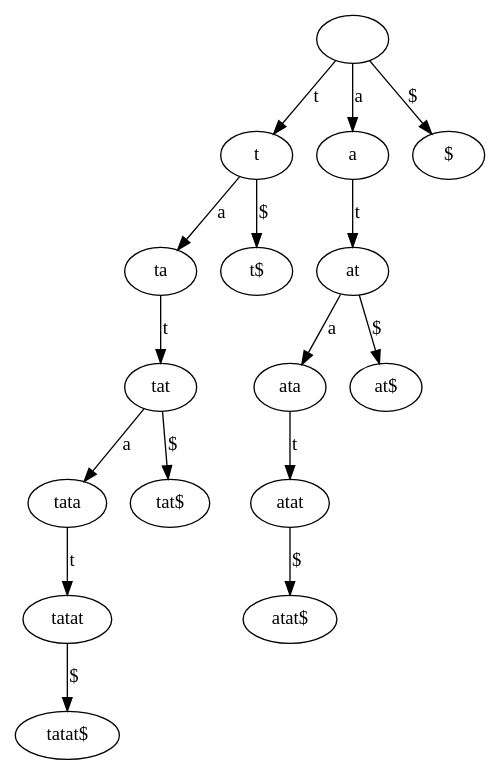
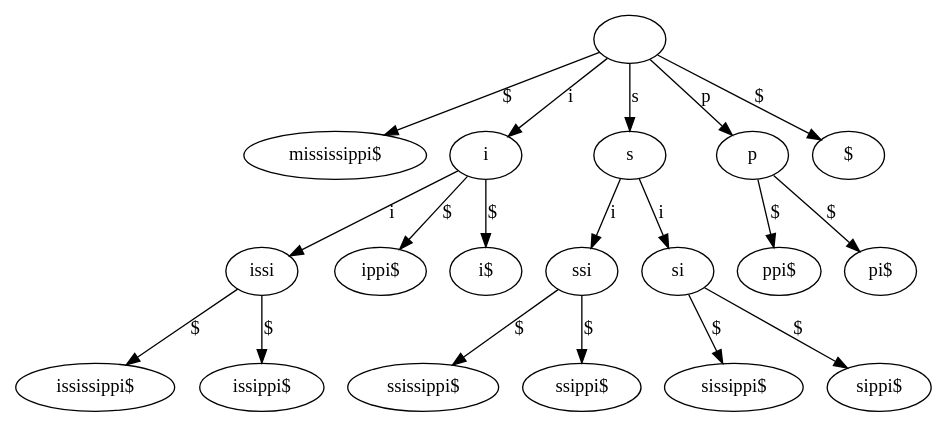
Before and after one commit to cmkobel/AiB: the diagram in project_7_suffix_trees/test-output/suffix tree.gv, drawn with Graphviz. The commit also changed 10 other files, not shown here.

```diff
--- a/project_7_suffix_trees/test-output/suffix tree.gv
+++ b/project_7_suffix_trees/test-output/suffix tree.gv
@@ -1,34 +1,40 @@
 // Suffix tree
 digraph {
 	"|" [label=""]
-	"t|t" [label=t]
-	"a|ta" [label=ta]
-	"t|tat" [label=tat]
-	"a|tata" [label=tata]
-	"t|tatat" [label=tatat]
-	"$|tatat$" [label="tatat$"]
-	"t|tatat" -> "$|tatat$" [label="$"]
-	"a|tata" -> "t|tatat" [label=t]
-	"t|tat" -> "a|tata" [label=a]
-	"$|tat$" [label="tat$"]
-	"t|tat" -> "$|tat$" [label="$"]
-	"a|ta" -> "t|tat" [label=t]
-	"t|t" -> "a|ta" [label=a]
-	"$|t$" [label="t$"]
-	"t|t" -> "$|t$" [label="$"]
-	"|" -> "t|t" [label=t]
-	"a|a" [label=a]
-	"t|at" [label=at]
-	"a|ata" [label=ata]
-	"t|atat" [label=atat]
-	"$|atat$" [label="atat$"]
-	"t|atat" -> "$|atat$" [label="$"]
-	"a|ata" -> "t|atat" [label=t]
-	"t|at" -> "a|ata" [label=a]
-	"$|at$" [label="at$"]
-	"t|at" -> "$|at$" [label="$"]
-	"a|a" -> "t|at" [label=t]
-	"|" -> "a|a" [label=a]
+	"$|mississippi$" [label="mississippi$"]
+	"|" -> "$|mississippi$" [label="$"]
+	"i|i" [label=i]
+	"i|issi" [label=issi]
+	"$|ississippi$" [label="ississippi$"]
+	"i|issi" -> "$|ississippi$" [label="$"]
+	"$|issippi$" [label="issippi$"]
+	"i|issi" -> "$|issippi$" [label="$"]
+	"i|i" -> "i|issi" [label=i]
+	"$|ippi$" [label="ippi$"]
+	"i|i" -> "$|ippi$" [label="$"]
+	"$|i$" [label="i$"]
+	"i|i" -> "$|i$" [label="$"]
+	"|" -> "i|i" [label=i]
+	"s|s" [label=s]
+	"i|ssi" [label=ssi]
+	"$|ssissippi$" [label="ssissippi$"]
+	"i|ssi" -> "$|ssissippi$" [label="$"]
+	"$|ssippi$" [label="ssippi$"]
+	"i|ssi" -> "$|ssippi$" [label="$"]
+	"s|s" -> "i|ssi" [label=i]
+	"i|si" [label=si]
+	"$|sissippi$" [label="sissippi$"]
+	"i|si" -> "$|sissippi$" [label="$"]
+	"$|sippi$" [label="sippi$"]
+	"i|si" -> "$|sippi$" [label="$"]
+	"s|s" -> "i|si" [label=i]
+	"|" -> "s|s" [label=s]
+	"p|p" [label=p]
+	"$|ppi$" [label="ppi$"]
+	"p|p" -> "$|ppi$" [label="$"]
+	"$|pi$" [label="pi$"]
+	"p|p" -> "$|pi$" [label="$"]
+	"|" -> "p|p" [label=p]
 	"$|$" [label="$"]
 	"|" -> "$|$" [label="$"]
 }
```
